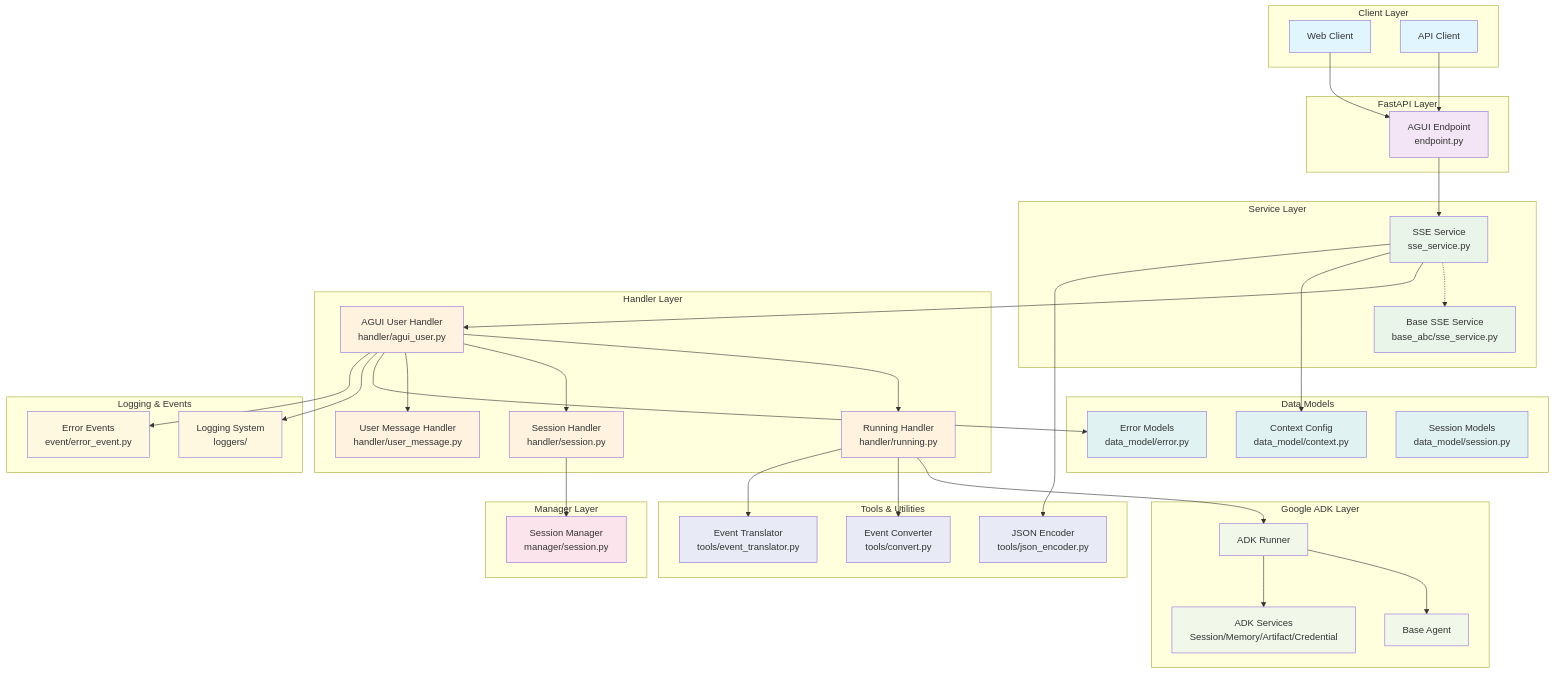
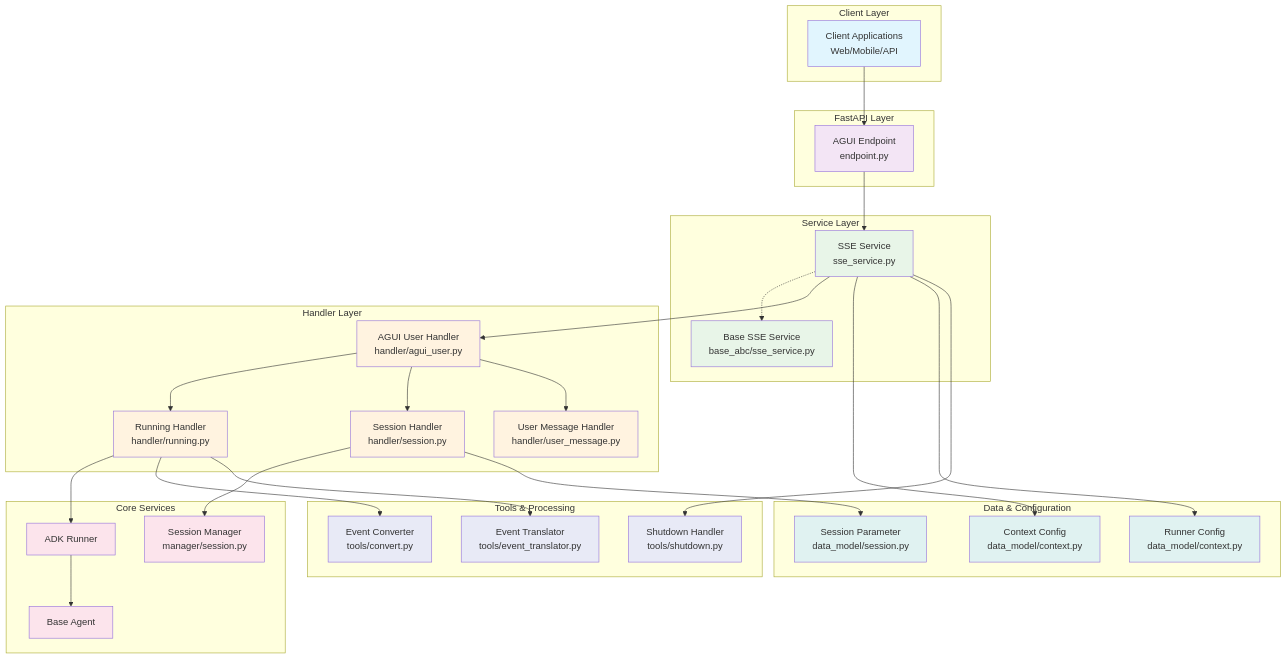
Before and after one commit to trendmicro/adk-agui-middleware: the first of 2 diagrams in README.md, drawn with Mermaid. The commit also changed other lines of this file, not shown here.

Commit message:
feat: Refactor README for clarity and consistency, update context configuration references

````diff
--- a/README.md
+++ b/README.md
@@ -26,8 +26,7 @@
 ```mermaid
 graph TB
     subgraph "Client Layer"
-        WEB[Web Client]
-        API[API Client]
+        CLIENT[Client Applications<br/>Web/Mobile/API]
     end
     
     subgraph "FastAPI Layer"
@@ -46,35 +45,25 @@
         MH[User Message Handler<br/>handler/user_message.py]
     end
     
-    subgraph "Manager Layer"
+    subgraph "Core Services"
         SM[Session Manager<br/>manager/session.py]
+        RUNNER[ADK Runner]
+        AGENT[Base Agent]
     end
     
-    subgraph "Google ADK Layer"
-        RUNNER[ADK Runner]
-        AGENT[Base Agent]
-        SERVICES[ADK Services<br/>Session/Memory/Artifact/Credential]
+    subgraph "Data & Configuration"
+        CTX[Context Config<br/>data_model/context.py]
+        RCONFIG[Runner Config<br/>data_model/context.py]
+        SESSION[Session Parameter<br/>data_model/session.py]
     end
     
-    subgraph "Data Models"
-        CTX[Context Config<br/>data_model/context.py]
-        ERR[Error Models<br/>data_model/error.py]
-        SES[Session Models<br/>data_model/session.py]
+    subgraph "Tools & Processing"
+        CONV[Event Converter<br/>tools/convert.py]
+        TRANS[Event Translator<br/>tools/event_translator.py]
+        SHUT[Shutdown Handler<br/>tools/shutdown.py]
     end
     
-    subgraph "Tools & Utilities"
-        CONV[Event Converter<br/>tools/convert.py]
-        TRANS[Event Translator<br/>tools/event_translator.py]
-        JSON[JSON Encoder<br/>tools/json_encoder.py]
-    end
-    
-    subgraph "Logging & Events"
-        LOG[Logging System<br/>loggers/]
-        EVT[Error Events<br/>event/error_event.py]
-    end
-    
-    WEB --> EP
-    API --> EP
+    CLIENT --> EP
     EP --> SSE
     SSE -.-> BASE
     SSE --> UH
@@ -84,32 +73,26 @@
     SH --> SM
     RH --> RUNNER
     RUNNER --> AGENT
-    RUNNER --> SERVICES
     SSE --> CTX
-    UH --> ERR
+    SSE --> RCONFIG
+    SH --> SESSION
     RH --> CONV
     RH --> TRANS
-    SSE --> JSON
-    UH --> LOG
-    UH --> EVT
+    SSE --> SHUT
     
     classDef clientLayer fill:#e1f5fe
     classDef apiLayer fill:#f3e5f5
     classDef serviceLayer fill:#e8f5e8
     classDef handlerLayer fill:#fff3e0
-    classDef managerLayer fill:#fce4ec
-    classDef adkLayer fill:#f1f8e9
+    classDef coreLayer fill:#fce4ec
     classDef dataLayer fill:#e0f2f1
     classDef toolsLayer fill:#e8eaf6
-    classDef loggingLayer fill:#fff8e1
     
-    class WEB,API clientLayer
+    class CLIENT clientLayer
     class EP apiLayer
     class SSE,BASE serviceLayer
     class UH,RH,SH,MH handlerLayer
-    class SM managerLayer
-    class RUNNER,AGENT,SERVICES adkLayer
-    class CTX,ERR,SES dataLayer
-    class CONV,TRANS,JSON toolsLayer
-    class LOG,EVT loggingLayer
+    class SM,RUNNER,AGENT coreLayer
+    class CTX,RCONFIG,SESSION dataLayer
+    class CONV,TRANS,SHUT toolsLayer
 ```
````
